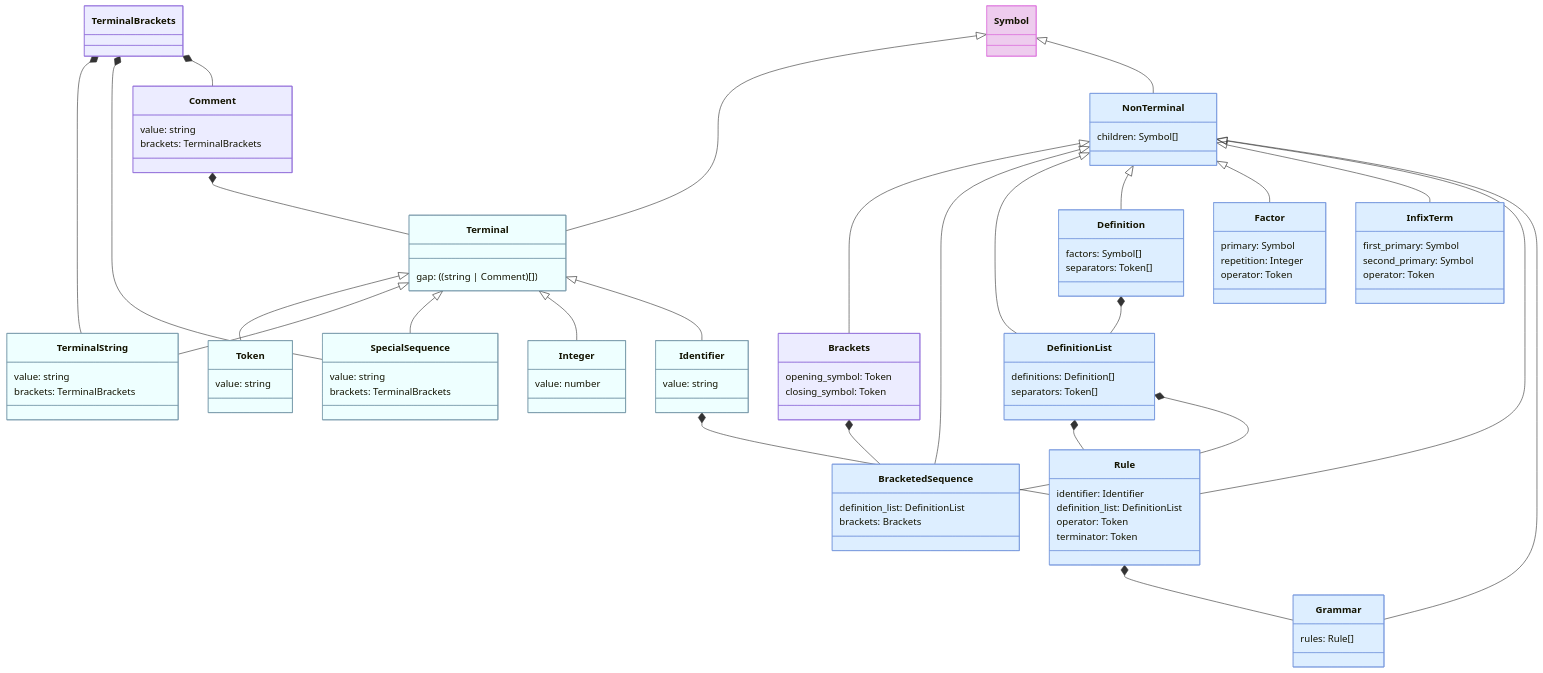
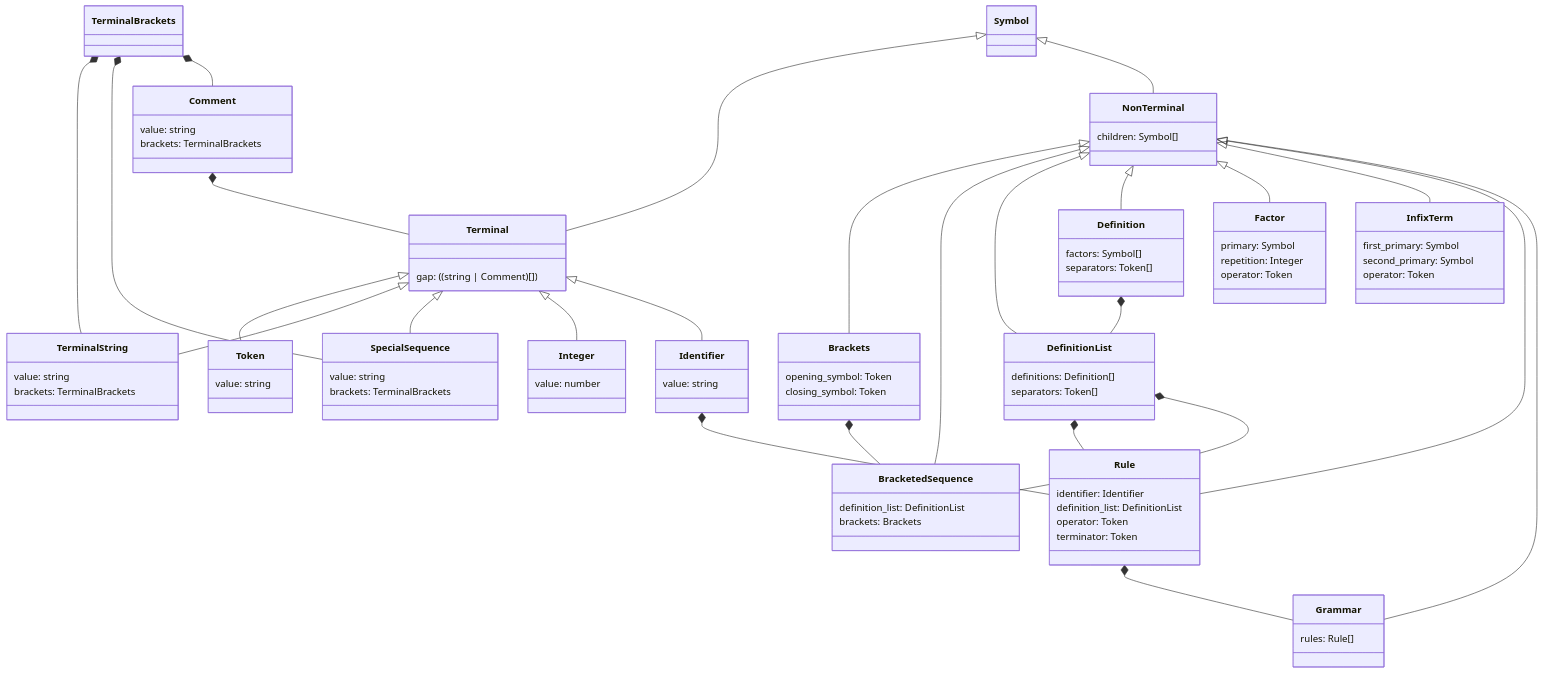
The diagram in README.md (pawel-stepnowski/ebnf), drawn with Mermaid before and after one commit.

````diff
--- a/README.md
+++ b/README.md
@@ -96,5 +96,7 @@
 ```mermaid
 classDiagram
+classDef terminal fill:#eeffff;
+classDef nonterminal fill:#ddeeff;
     Symbol <|-- Terminal
     Symbol <|-- NonTerminal
     Terminal <|-- Token
@@ -173,7 +175,4 @@
     class Grammar:::nonterminal {
         rules: Rule[]
     }
-    classDef terminal fill:#eff, stroke:#79a
-    classDef nonterminal fill:#def, stroke:#79d
-    style Symbol fill:#ece, stroke:#d7d
 ```
````
